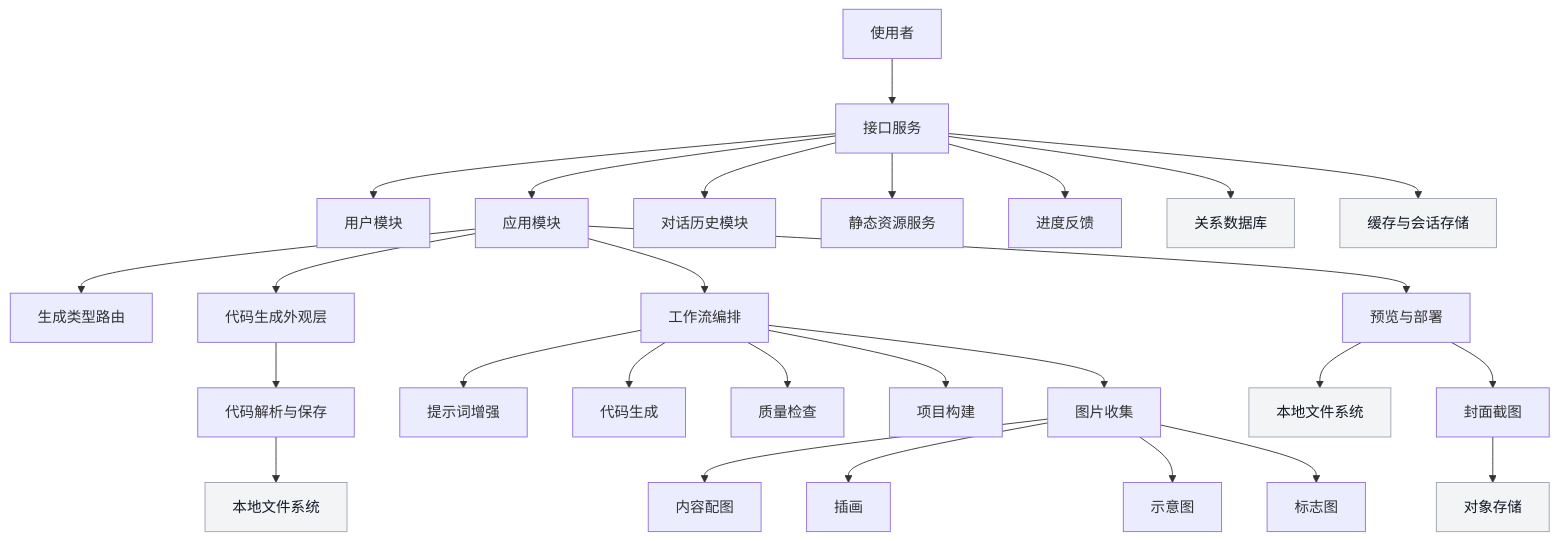
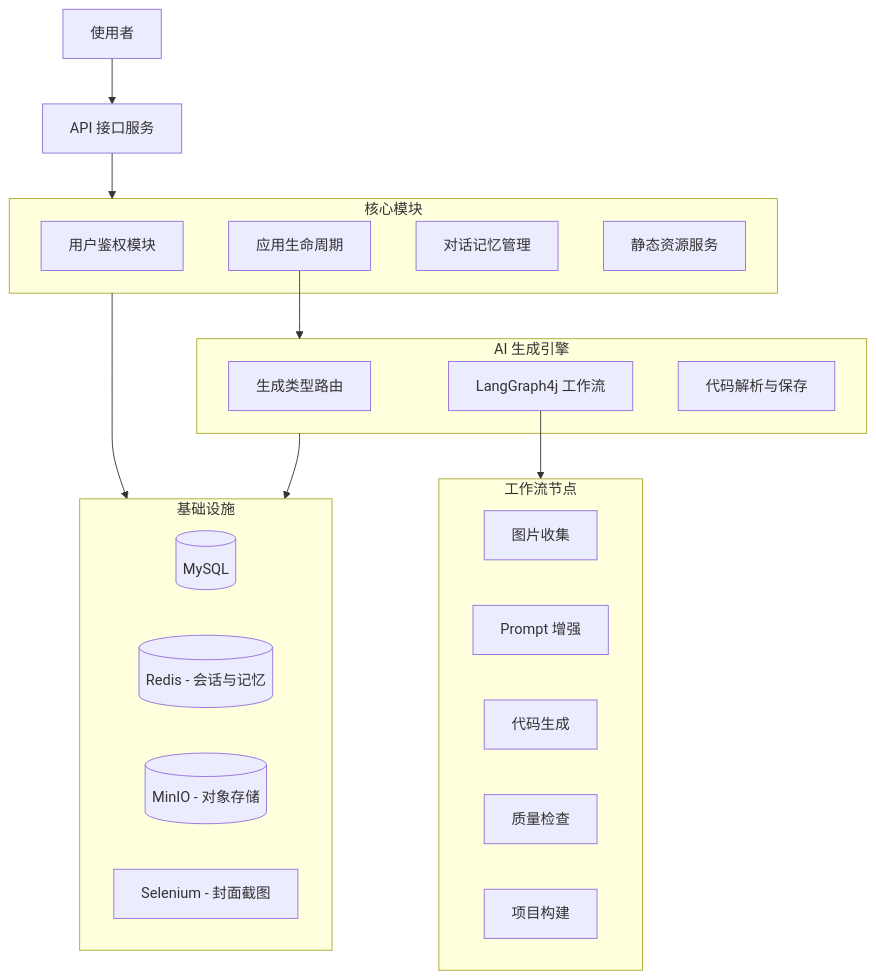
One commit to qasax/NoCodePlatform changed the first of 2 diagrams in README.md. Above: the diagram before and after it, drawn with Mermaid. The commit also changed other lines of this file, not shown here.

````diff
--- a/README.md
+++ b/README.md
@@ -17,44 +45,40 @@
 ```mermaid
 flowchart TB
-    A[使用者] --> B[接口服务]
+    User[使用者] --> API[API 接口服务]
 
-    B --> C[用户模块]
-    B --> D[应用模块]
-    B --> E[对话历史模块]
-    B --> F[静态资源服务]
-    B --> G[进度反馈]
+    subgraph Core[核心模块]
+        UserMod[用户鉴权模块]
+        AppMod[应用生命周期]
+        HistoryMod[对话记忆管理]
+        StaticService[静态资源服务]
+    end
 
-    D --> H[生成类型路由]
-    D --> I[代码生成外观层]
-    D --> J[工作流编排]
+    API --> Core
 
-    J --> J1[图片收集]
-    J --> J2[提示词增强]
-    J --> J3[代码生成]
-    J --> J4[质量检查]
-    J --> J5[项目构建]
+    subgraph AIEngine[AI 生成引擎]
+        Router[生成类型路由]
+        Workflow[LangGraph4j 工作流]
+        CodeParser[代码解析与保存]
+    end
 
-    J1 --> J1a[内容配图]
-    J1 --> J1b[插画]
-    J1 --> J1c[示意图]
-    J1 --> J1d[标志图]
+    AppMod --> AIEngine
 
-    I --> K[代码解析与保存]
-    K --> L[生成目录]
+    subgraph Nodes[工作流节点]
+        J1[图片收集]
+        J2[Prompt 增强]
+        J3[代码生成]
+        J4[质量检查]
+        J5[项目构建]
+    end
 
-    D --> M[预览与部署]
-    M --> N[静态目录]
-    M --> O[封面截图]
-    O --> P[对象存储]
+    Workflow --> Nodes
 
-    B --> Q[关系数据库]
-    B --> R[会话与记忆存储]
+    subgraph Infra[基础设施]
+        DB[(MySQL)]
+        Cache[(Redis - 会话与记忆)]
+        OSS[(MinIO - 对象存储)]
+        Browser[Selenium - 封面截图]
+    end
 
-    Q[关系数据库]:::store
-    R[缓存与会话存储]:::store
-    P[对象存储]:::store
-    L[本地文件系统]:::store
-    N[本地文件系统]:::store
-
-    classDef store fill:#f3f4f6,stroke:#9ca3af,color:#111827;
+    Core & AIEngine --> Infra
 ```
````
